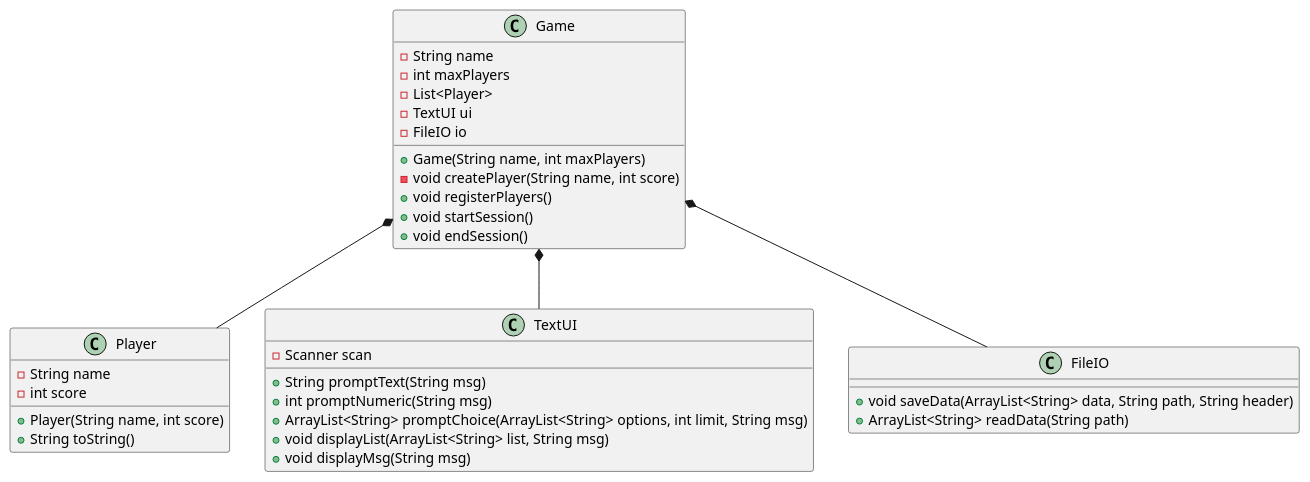
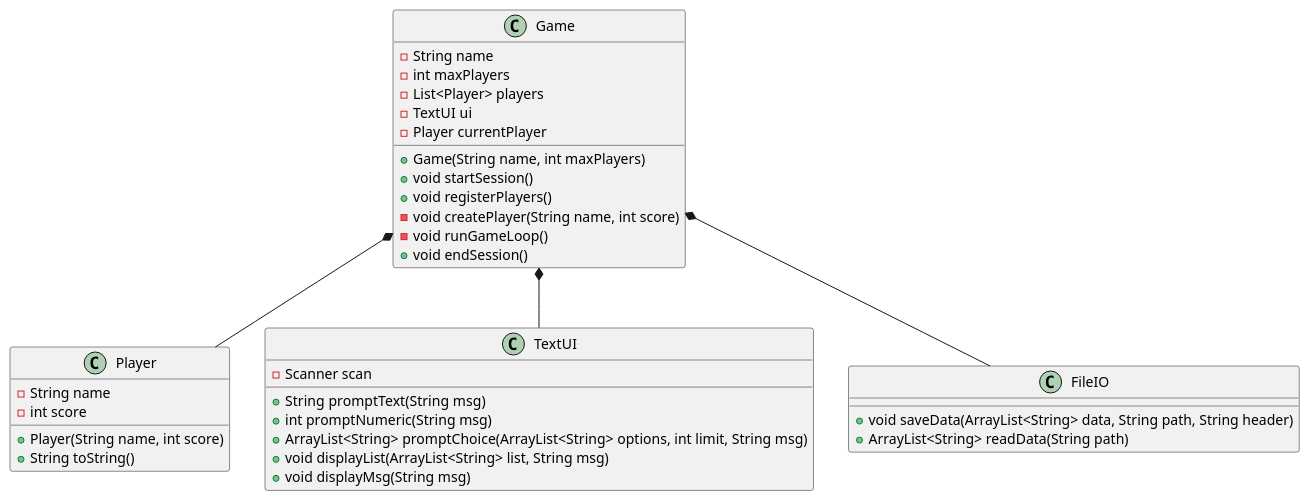
Before and after one commit to Dat1Cphbusiness/MonopolyF26: the diagram in doc/static/classdiagram_v0.puml, drawn with PlantUML.

Commit message:
currentplayer attribute added

```diff
--- a/doc/static/classdiagram_v0.puml
+++ b/doc/static/classdiagram_v0.puml
@@ -1,54 +1,55 @@
 @startuml
 
 'https://plantuml.com/class-diagram
 
 class Game
 class Player
 
 
 Game *-- Player
 Game *-- TextUI
 Game *-- FileIO
 
 
 
 class Game {
 - String name
 - int maxPlayers
-- List<Player>
+- List<Player> players
 - TextUI ui
-- FileIO io
+- Player currentPlayer
 + Game(String name, int maxPlayers)
++ void startSession()
++ void registerPlayers()
 - void createPlayer(String name, int score)
-+ void registerPlayers()
-+ void startSession()
+- void runGameLoop()
 + void endSession()
 
 }
 class Player {
 - String name
 - int score
 + Player(String name, int score)
 + String toString()
 }
 
 class TextUI {
 - Scanner scan
 ' shows a message and returns the user's input as a String
 + String promptText(String msg)
 ' shows a message and returns the user's input as an integer
 + int promptNumeric(String msg)
 ' shows the options, promts for choices until limit is reached, and returns the user's choices as a list
 + ArrayList<String> promptChoice(ArrayList<String> options, int limit, String msg)
 ' shows a message and lists the content of a list
 +  void displayList(ArrayList<String> list, String msg)
 ' shows a message
 + void displayMsg(String msg)
 }
 
 class FileIO{
 + void saveData(ArrayList<String> data, String path, String header)
 + ArrayList<String> readData(String path)
 }
 
 @enduml
```
